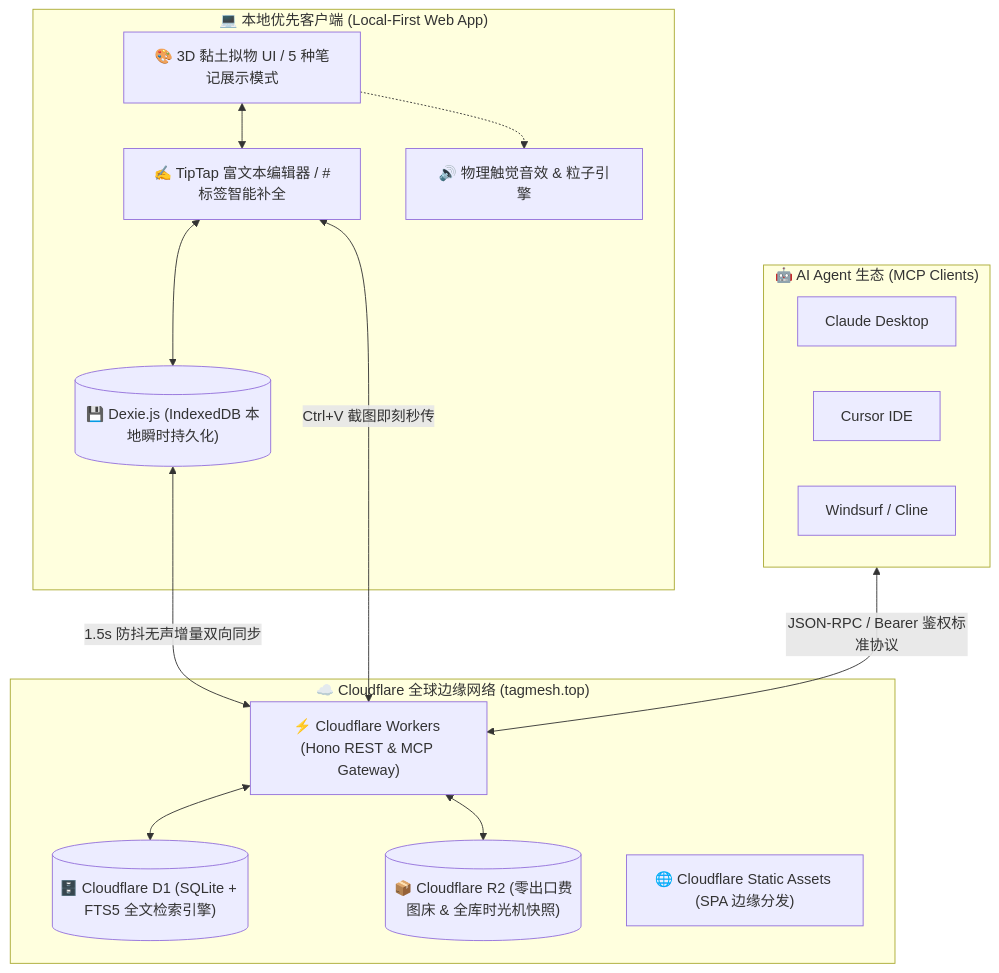
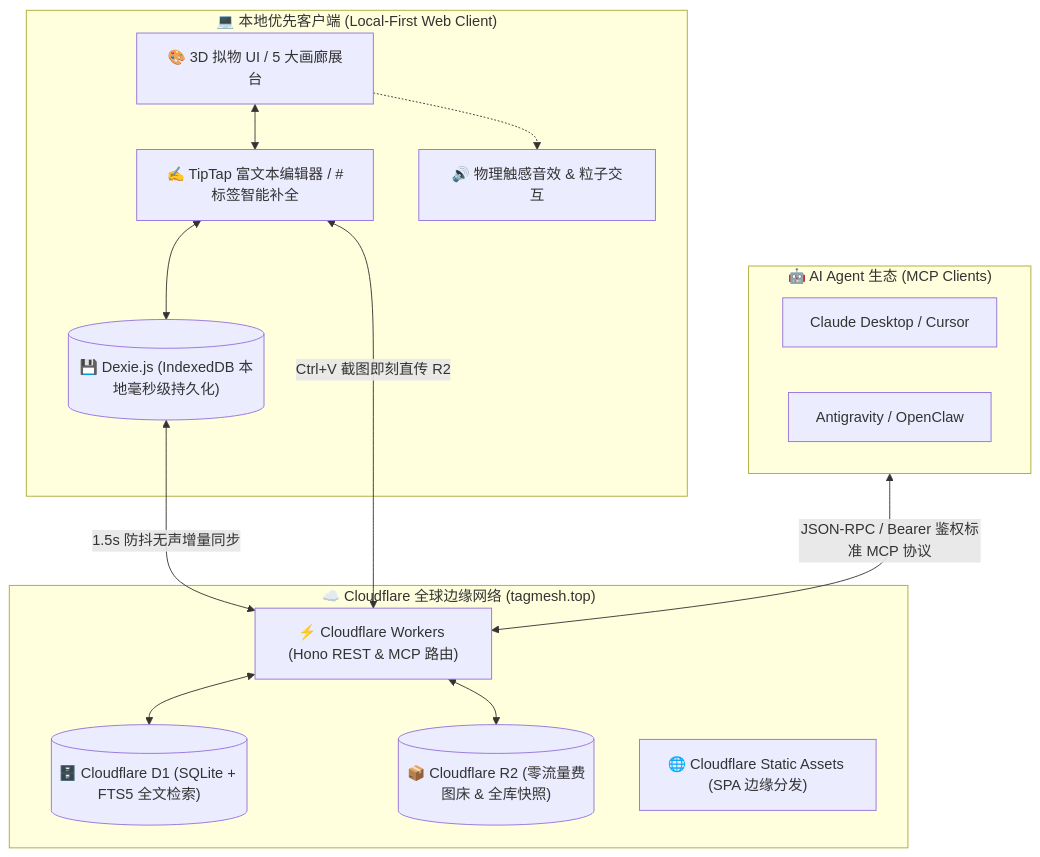
Before and after one commit to SaulGoodManC99/TagMesh: the diagram in README_CN.md, drawn with Mermaid. The commit also changed other lines of this file and 23 other files, not shown here.

Commit message:
feat(release): v1.9.6 - Telegram Bot sync, timeline floating ruler, true masonry, and interspersed tag parsing

````diff
--- a/README_CN.md
+++ b/README_CN.md
@@ -44,33 +58,32 @@
 ```mermaid
 flowchart TD
-    subgraph Client ["💻 本地优先客户端 (Local-First Web App)"]
-        UI["🎨 3D 黏土拟物 UI / 5 种笔记展示模式"]
+    subgraph Client ["💻 本地优先客户端 (Local-First Web Client)"]
+        UI["🎨 3D 拟物 UI / 5 大画廊展台"]
         TipTap["✍️ TipTap 富文本编辑器 / #标签智能补全"]
-        DexieDB[("💾 Dexie.js (IndexedDB 本地瞬时持久化)")]
-        AudioConfetti["🔊 物理触觉音效 & 粒子引擎"]
+        DexieDB[("💾 Dexie.js (IndexedDB 本地毫秒级持久化)")]
+        AudioConfetti["🔊 物理触感音效 & 粒子交互"]
         
         UI <--> TipTap
         TipTap <--> DexieDB
         UI -.-> AudioConfetti
     end
 
     subgraph CloudflareEdge ["☁️ Cloudflare 全球边缘网络 (tagmesh.top)"]
-        Worker["⚡ Cloudflare Workers (Hono REST & MCP Gateway)"]
-        D1[("🗄️ Cloudflare D1 (SQLite + FTS5 全文检索引擎)")]
-        R2[("📦 Cloudflare R2 (零出口费图床 & 全库时光机快照)")]
+        Worker["⚡ Cloudflare Workers (Hono REST & MCP 路由)"]
+        D1[("🗄️ Cloudflare D1 (SQLite + FTS5 全文检索)")]
+        R2[("📦 Cloudflare R2 (零流量费图床 & 全库快照)")]
         Assets["🌐 Cloudflare Static Assets (SPA 边缘分发)"]
 
         Worker <--> D1
         Worker <--> R2
     end
 
     subgraph AIAgents ["🤖 AI Agent 生态 (MCP Clients)"]
-        Claude["Claude Desktop"]
-        Cursor["Cursor IDE"]
-        Windsurf["Windsurf / Cline"]
+        Claude["Claude Desktop / Cursor"]
+        Antigravity["Antigravity / OpenClaw"]
     end
 
-    DexieDB <-- "1.5s 防抖无声增量双向同步" --> Worker
-    TipTap <-- "Ctrl+V 截图即刻秒传" --> Worker
-    AIAgents <-- "JSON-RPC / Bearer 鉴权标准协议" --> Worker
+    DexieDB <-- "1.5s 防抖无声增量同步" --> Worker
+    TipTap <-- "Ctrl+V 截图即刻直传 R2" --> Worker
+    AIAgents <-- "JSON-RPC / Bearer 鉴权标准 MCP 协议" --> Worker
 ```
````
